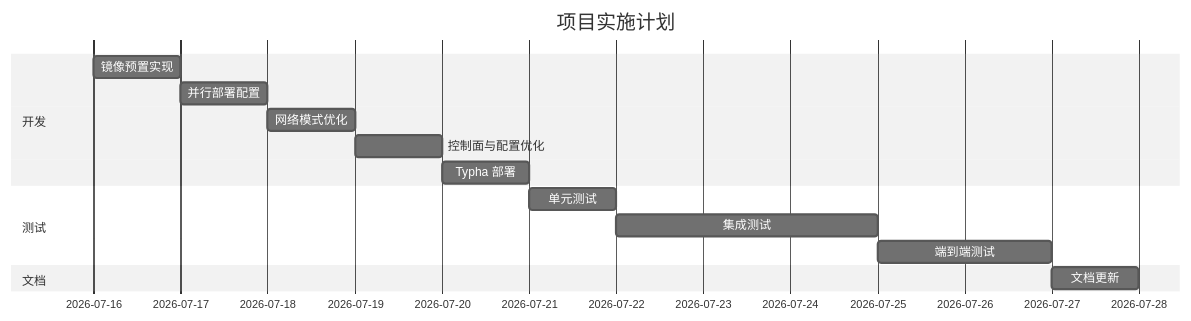
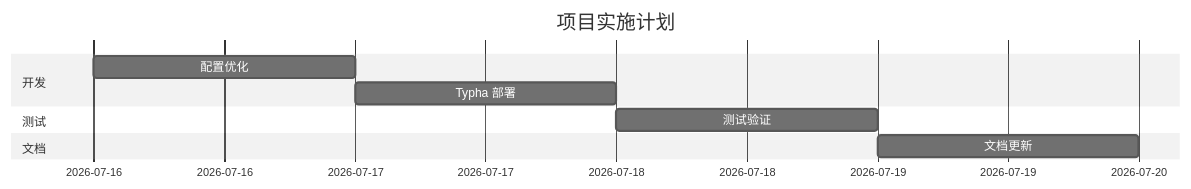
The eighth of 8 diagrams in code/performance/report/calico-deployment-optimization.md (javadoors/cluster-api-provider-bke), drawn with Mermaid (neutral theme) before and after one commit. The commit also changed other lines of this file, not shown here.

````diff
--- a/code/performance/report/calico-deployment-optimization.md
+++ b/code/performance/report/calico-deployment-optimization.md
@@ -1187,17 +1182,12 @@
 ```mermaid
 gantt
     title 项目实施计划
     dateFormat  YYYY-MM-DD
     section 开发
-    镜像预置实现           :a1, 2026-07-16, 1d
-    并行部署配置           :a2, after a1, 1d
-    网络模式优化           :a3, after a2, 1d
-    控制面与配置优化       :a4, after a3, 1d
-    Typha 部署             :a5, after a4, 1d
+    配置优化               :a1, 2026-07-16, 1d
+    Typha 部署             :a2, after a1, 1d
     section 测试
-    单元测试               :b1, after a5, 1d
-    集成测试               :b2, after b1, 3d
-    端到端测试             :b3, after b2, 2d
+    测试验证               :b1, after a2, 1d
     section 文档
-    文档更新               :c1, after b3, 1d
+    文档更新               :c1, after b1, 1d
 ```
````
